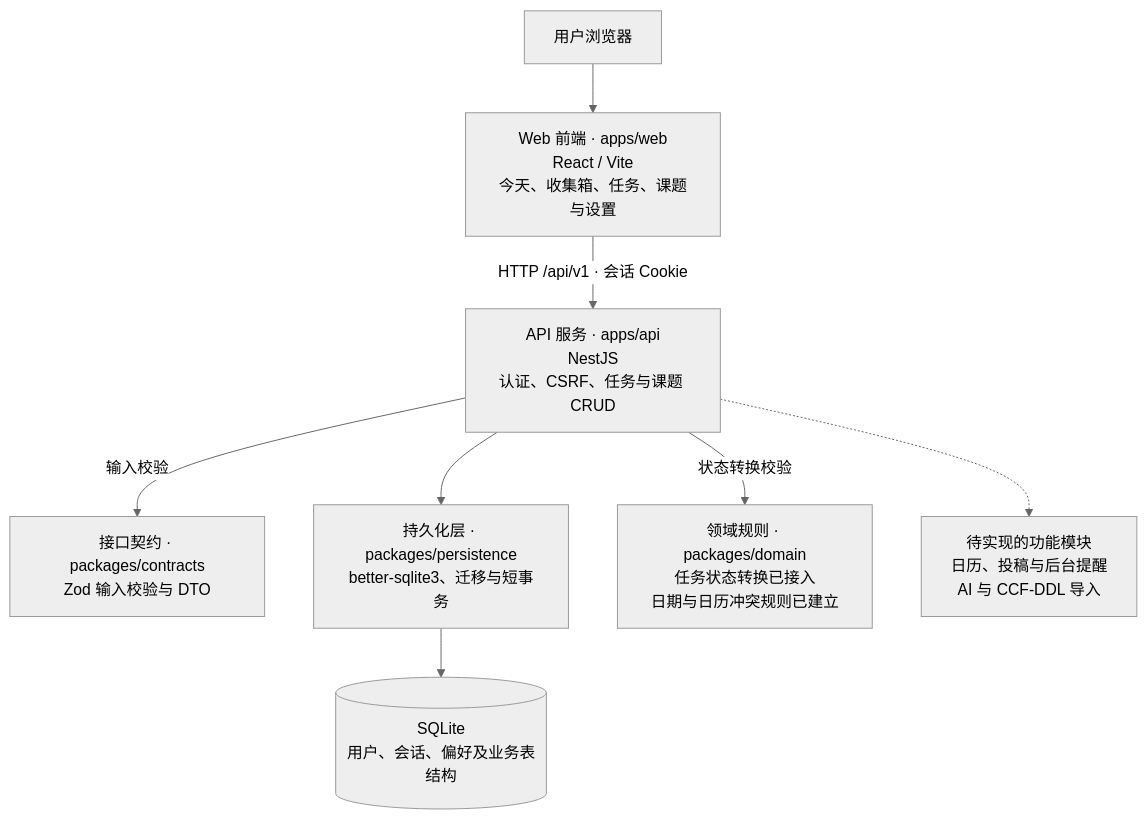
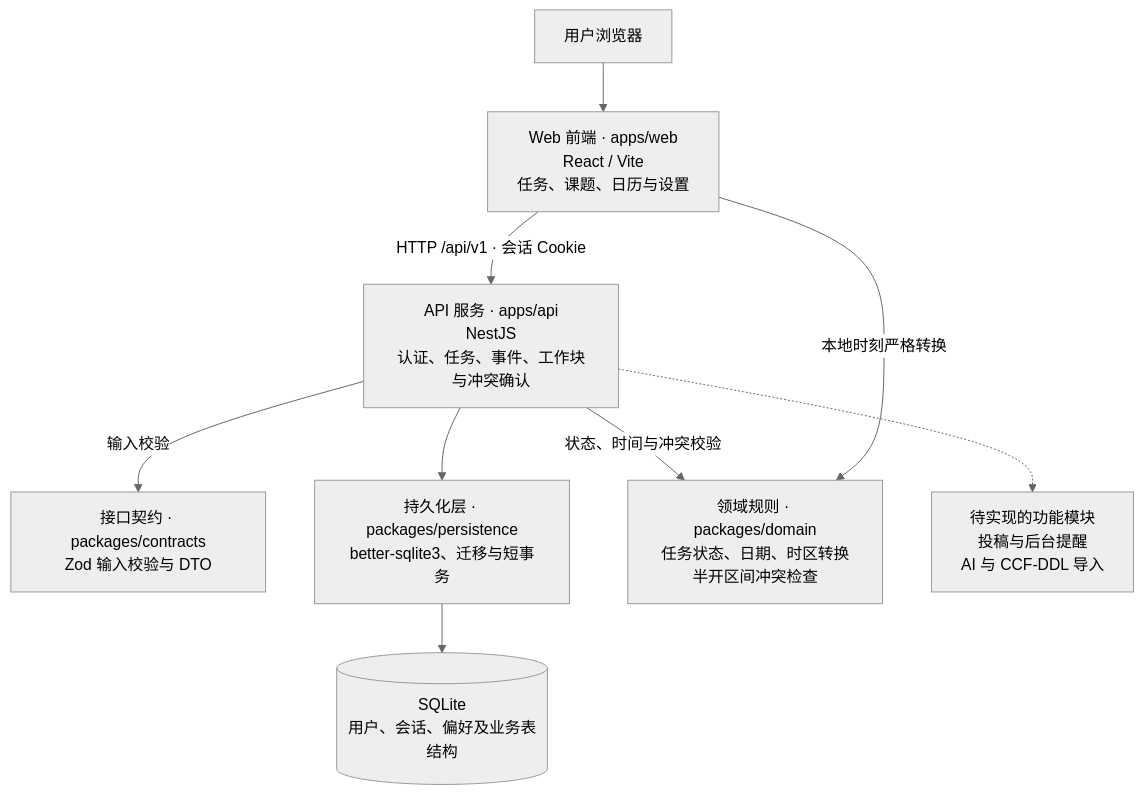
Before and after one commit to shenyang70s/daily-plan: the diagram in README.md, drawn with Mermaid (neutral theme). The commit also changed other lines of this file and 36 other files, not shown here.

````diff
--- a/README.md
+++ b/README.md
@@ -17,19 +17,20 @@
 ```mermaid
 flowchart TB
   browser["用户浏览器"]
-  web["Web 前端 · apps/web<br/>React / Vite<br/>今天、收集箱、任务、课题与设置"]
-  api["API 服务 · apps/api<br/>NestJS<br/>认证、CSRF、任务与课题 CRUD"]
+  web["Web 前端 · apps/web<br/>React / Vite<br/>任务、课题、日历与设置"]
+  api["API 服务 · apps/api<br/>NestJS<br/>认证、任务、事件、工作块与冲突确认"]
   contracts["接口契约 · packages/contracts<br/>Zod 输入校验与 DTO"]
   persistence["持久化层 · packages/persistence<br/>better-sqlite3、迁移与短事务"]
   db[("SQLite<br/>用户、会话、偏好及业务表结构")]
-  domain["领域规则 · packages/domain<br/>任务状态转换已接入<br/>日期与日历冲突规则已建立"]
-  planned["待实现的功能模块<br/>日历、投稿与后台提醒<br/>AI 与 CCF-DDL 导入"]
+  domain["领域规则 · packages/domain<br/>任务状态、日期、时区转换<br/>半开区间冲突检查"]
+  planned["待实现的功能模块<br/>投稿与后台提醒<br/>AI 与 CCF-DDL 导入"]
 
   browser --> web
   web -->|"HTTP /api/v1 · 会话 Cookie"| api
   api -->|"输入校验"| contracts
   api --> persistence
   persistence --> db
-  api -->|"状态转换校验"| domain
+  api -->|"状态、时间与冲突校验"| domain
+  web -->|"本地时刻严格转换"| domain
   api -.-> planned
 ```
````
